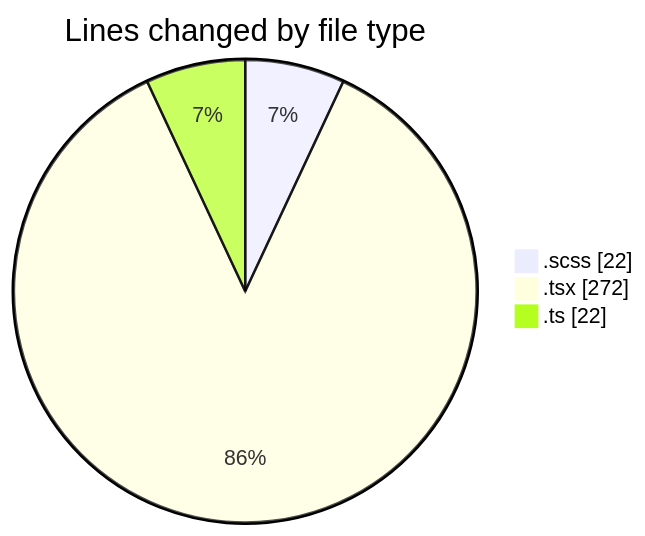
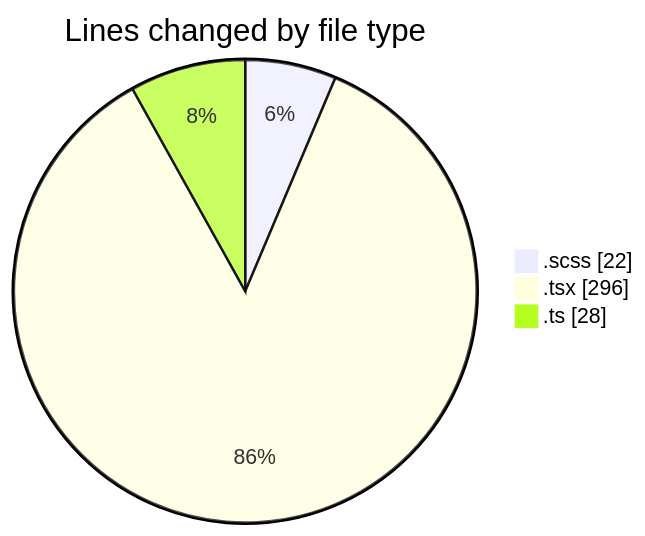
Before and after one commit to momahboobian/code-tracking: the first of 2 diagrams in 2025-02-10/cda/README.md, drawn with Mermaid. The commit also changed other lines of this file and 1 other file, not shown here.

````diff
--- a/2025-02-10/cda/README.md
+++ b/2025-02-10/cda/README.md
@@ -22,7 +22,7 @@
 ```mermaid
 pie showData
 title Lines changed by file type
 ".scss" : 22
-".tsx" : 272
-".ts" : 22
+".tsx" : 296
+".ts" : 28
 ```
````
